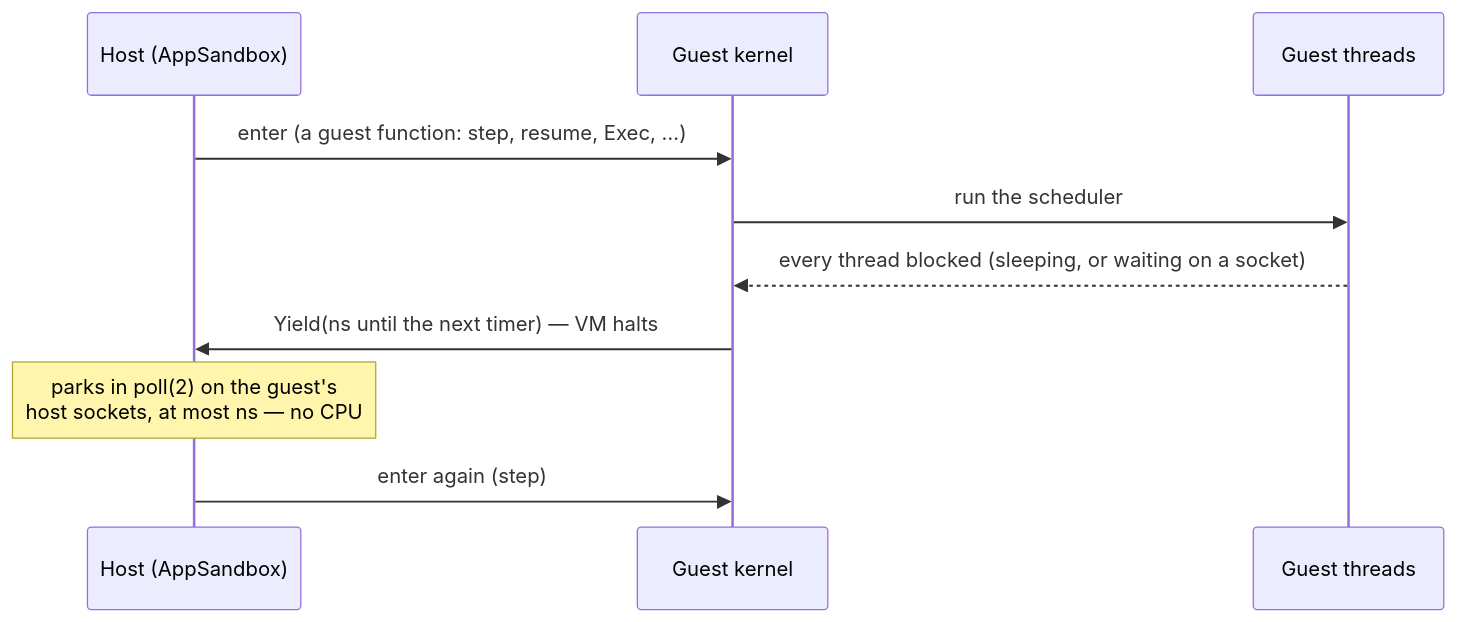
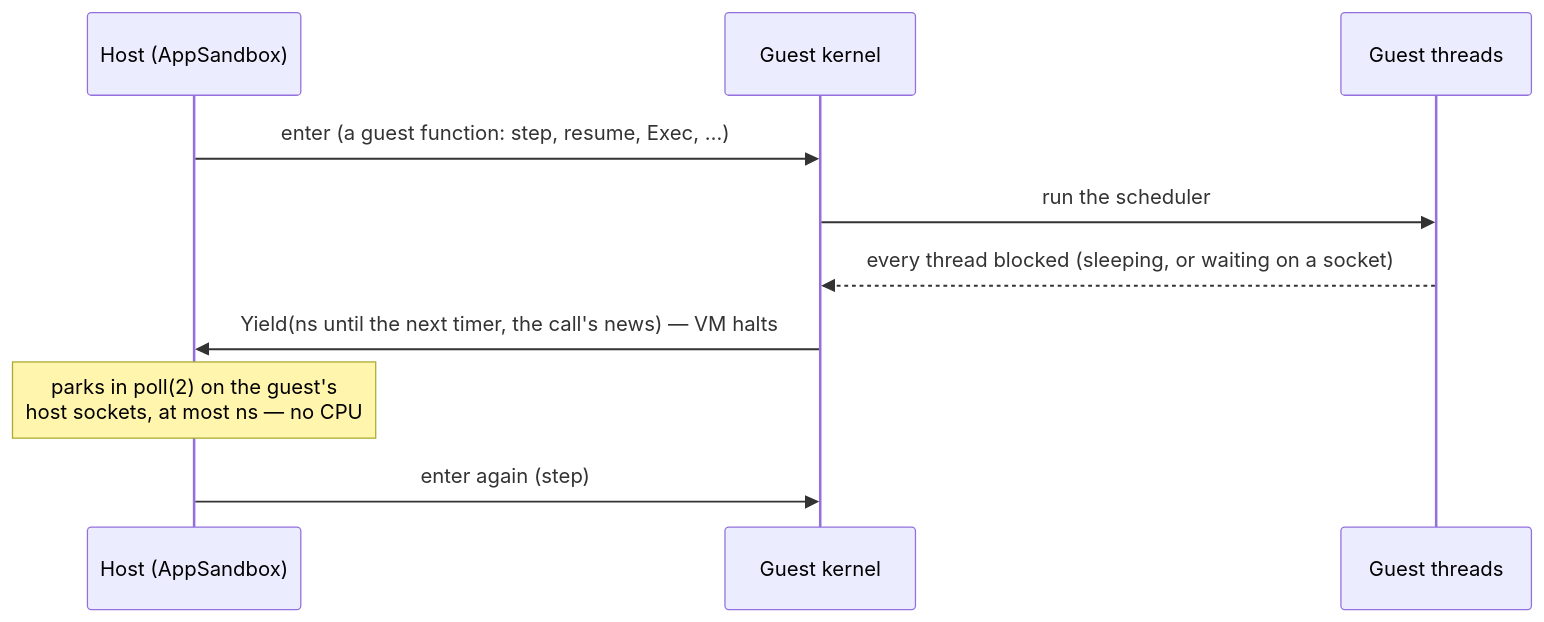
Before and after one commit to hyperlight-dev/hyperlight-unikraft: the first of 7 diagrams in docs/execution.md, drawn with Mermaid. The commit also changed other lines of this file and 9 other files, not shown here.

````diff
--- a/docs/execution.md
+++ b/docs/execution.md
@@ -7,13 +7,13 @@
 ```mermaid
 sequenceDiagram
     participant H as Host (AppSandbox)
     participant K as Guest kernel
     participant T as Guest threads
 
     H->>K: enter (a guest function: step, resume, Exec, …)
     K->>T: run the scheduler
     T-->>K: every thread blocked (sleeping, or waiting on a socket)
-    K->>H: Yield(ns until the next timer) — VM halts
+    K->>H: Yield(ns until the next timer, the call's news) — VM halts
     Note over H: parks in poll(2) on the guest's<br/>host sockets, at most ns — no CPU
     H->>K: enter again (step)
 ```
````
